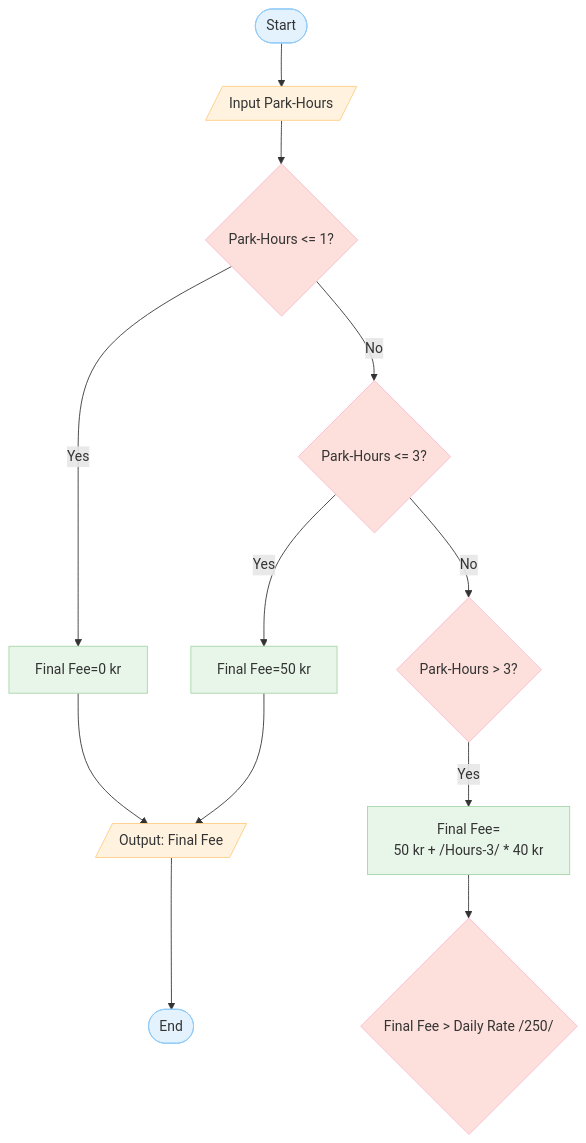
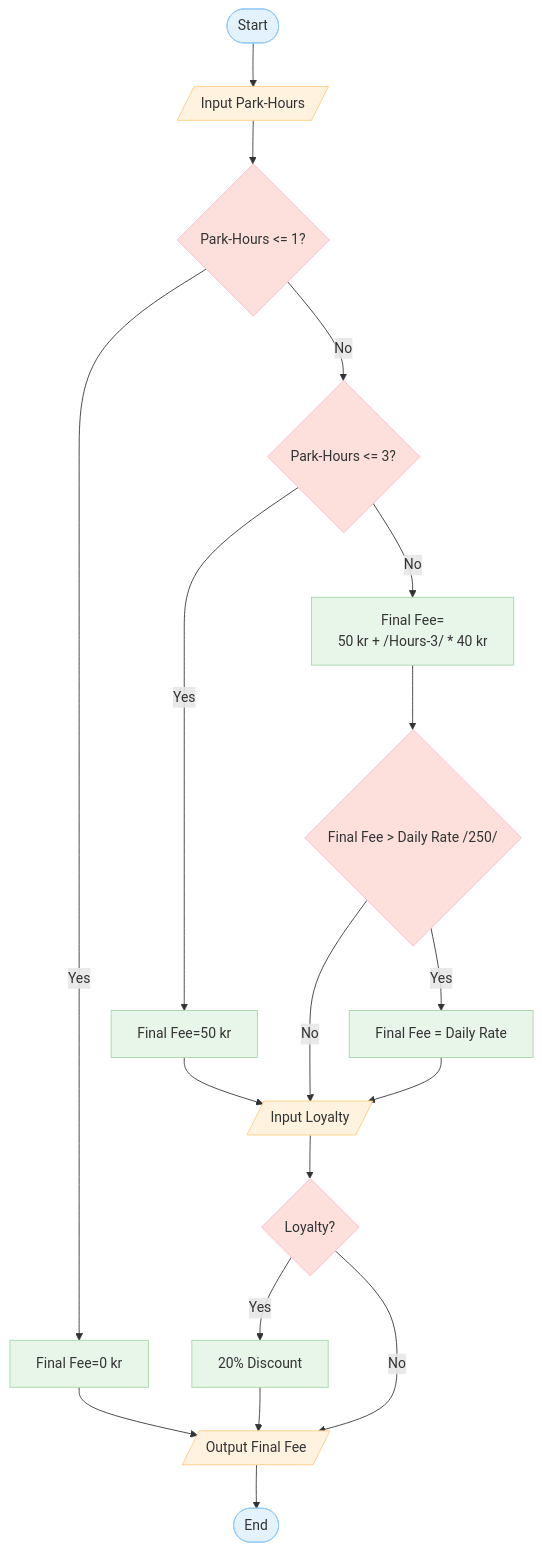
One commit to IsaVII/2_Alogritm-Flowchart changed the fifth of 5 diagrams in 4_PseudocodePractice.md. Above: the diagram before and after it, drawn with Mermaid.

Commit message:
Flow chart 5 finished

````diff
--- a/4_PseudocodePractice.md
+++ b/4_PseudocodePractice.md
@@ -195,30 +195,40 @@
 ```mermaid
 flowchart TD
     A([Start]):::term-->
     B[/Input Park-Hours/]:::io
 
     B --> C{Park-Hours <= 1?}:::dec
     C -- Yes --> D[Final Fee=0 kr]:::proc
-    D-->F[/Output: Final Fee/]:::io
-    F-->End
+    D-->Out
+   
 
     C -- No --> G{Park-Hours <= 3?}:::dec
     G -- Yes --> H[Final Fee=50 kr]:::proc
-    H-->F
+    H-->LC
 
-    G -- No --> I{Park-Hours > 3?}:::dec
-    I -- Yes --> J[Final Fee=
+    G -- No --> J[Final Fee=
     50 kr + /Hours-3/ * 40 kr]:::proc
     J--> K{Final Fee > Daily Rate /250/}:::dec
+    K -- No --> LC
+    
+    K -- Yes --> L[Final Fee = Daily Rate]:::proc  
+    L --> LC[/Input Loyalty/]:::io
+    LC --> M{Loyalty?}:::dec
+    M-- Yes --> N[20% Discount]:::proc  
 
+     N --> Out[/Output Final Fee/]:::io
+     M -- No --> Out
+     Out --> End
+
+ 
     End([End]):::term 
   
   classDef term fill:#e3f2fd,stroke:#90caf9,color:#333,stroke-width:1px;
   classDef io fill:#fff3e0,stroke:#ffcc80,color:#333,stroke-width:1px;
   classDef proc fill:#e8f5e9,stroke:#a5d6a7,color:#333,stroke-width:1px;
   classDef dec fill:#fde0dc,stroke:#f8bbd0,color:#333,stroke-width:1px;
   classDef pre fill:#ede7f6,stroke:#b39ddb,color:#333,stroke-width:1px;
   classDef conn fill:#f5f5f5,stroke:#bdbdbd,color:#333,stroke-width:1px;
   classDef hide fill:none,stroke:none,color:none;
   classDef label fill:none,stroke:none,color:#333,text-align:center;
 ```
````
